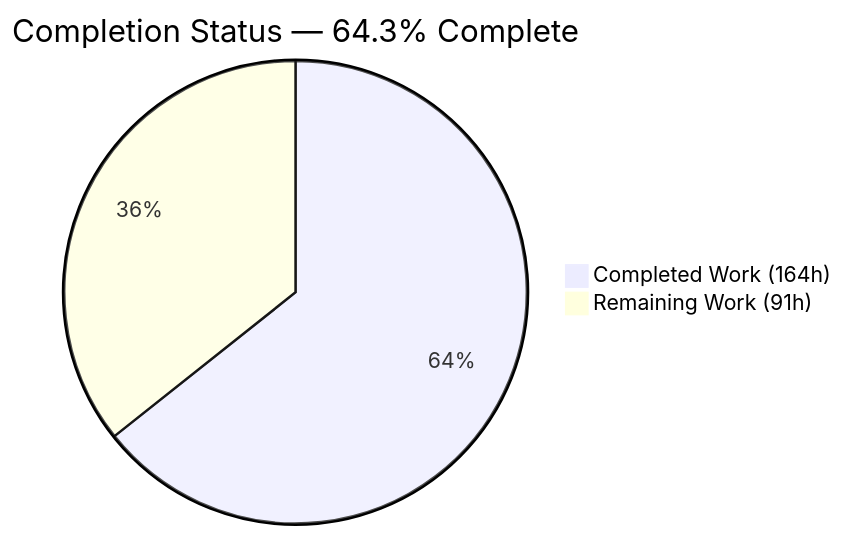
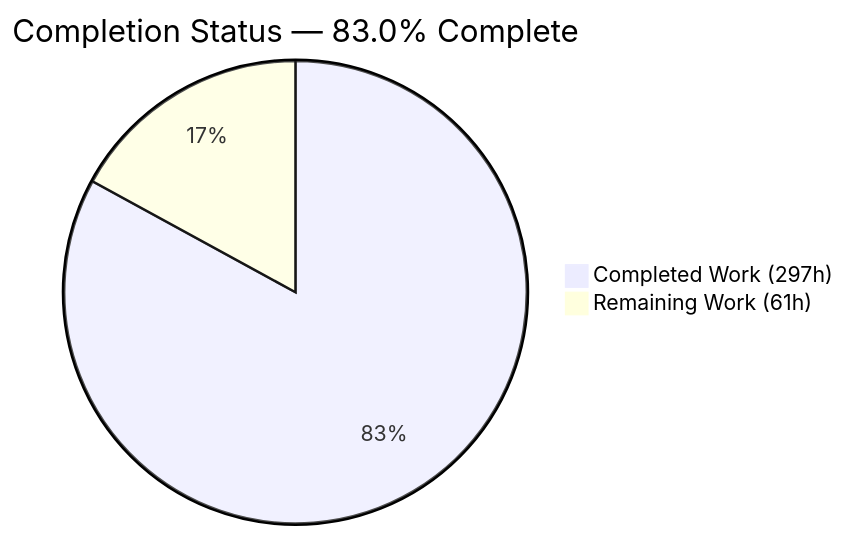
Before and after one commit to blitzy-public-samples/frappe: the first of 3 diagrams in blitzy/documentation/Project Guide.md, drawn with Mermaid. The commit also changed other lines of this file, not shown here.

Commit message:
Adding Blitzy Project Guide: Project Status and Human Tasks Remaining

````diff
--- a/blitzy/documentation/Project Guide.md
+++ b/blitzy/documentation/Project Guide.md
@@ -11,5 +11,5 @@
 ```mermaid
-pie title Completion Status — 64.3% Complete
-    "Completed Work (164h)" : 164
-    "Remaining Work (91h)" : 91
+pie title Completion Status — 83.0% Complete
+    "Completed Work (297h)" : 297
+    "Remaining Work (61h)" : 61
 ```
````
